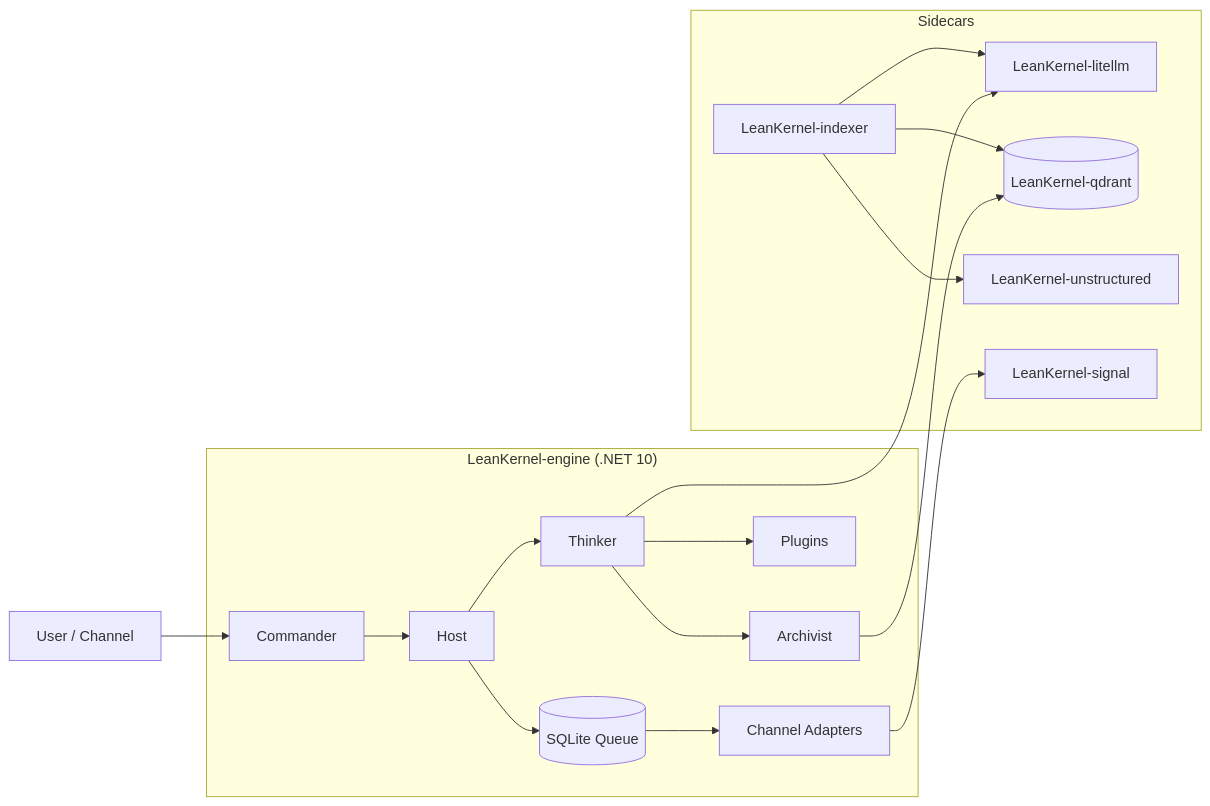
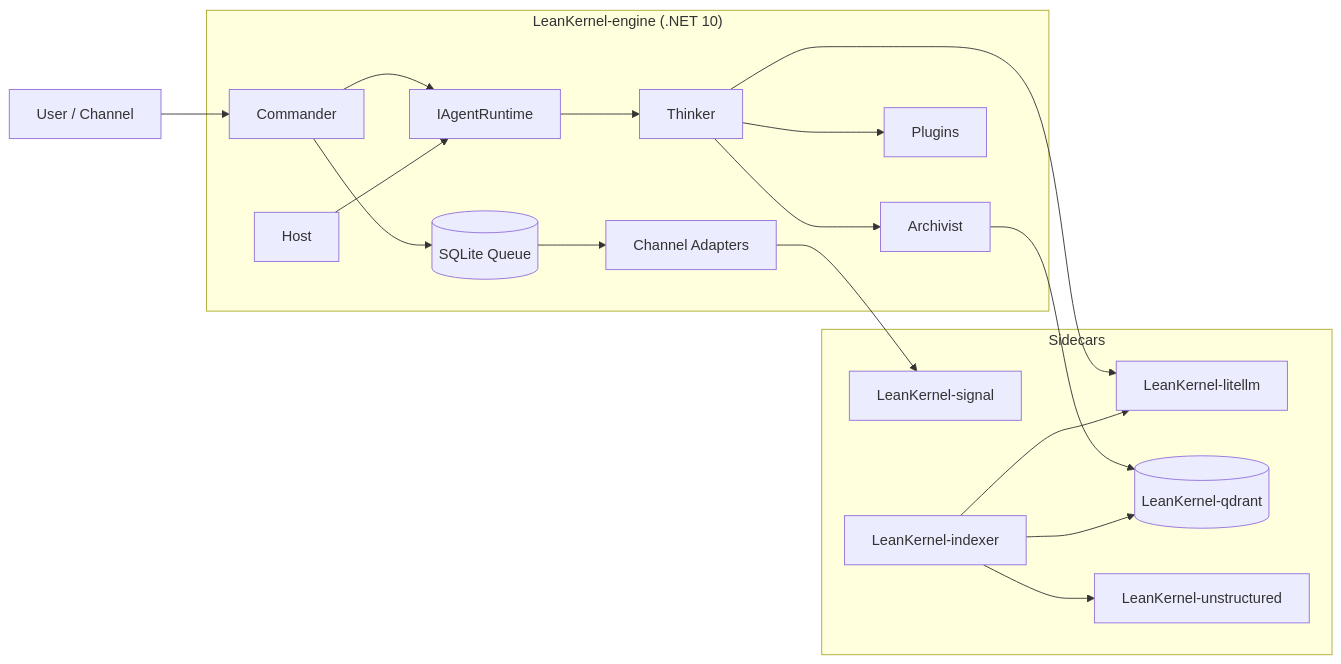
One commit to achingono/leankernel changed the second of 2 diagrams in docs/architecture/overview.md. Above: the diagram before and after it, drawn with Mermaid. The commit also changed other lines of this file and 17 other files, not shown here.

````diff
--- a/docs/architecture/overview.md
+++ b/docs/architecture/overview.md
@@ -62,28 +62,29 @@
 ```mermaid
 flowchart LR
     User[User / Channel] --> Commander
 
     subgraph Engine["LeanKernel-engine (.NET 10)"]
-        Commander --> Host
-        Host --> Thinker
+        Commander --> Runtime[IAgentRuntime]
+        Host --> Runtime
+        Runtime --> Thinker
         Thinker --> Archivist
         Thinker --> Plugins
-        Host --> Queue[(SQLite Queue)]
+        Commander --> Queue[(SQLite Queue)]
         Queue --> Adapters[Channel Adapters]
     end
 
     subgraph Sidecars
         LiteLLM[LeanKernel-litellm]
         Qdrant[(LeanKernel-qdrant)]
         Unstructured[LeanKernel-unstructured]
         Signal[LeanKernel-signal]
         Indexer[LeanKernel-indexer]
     end
 
     Thinker --> LiteLLM
     Archivist --> Qdrant
     Indexer --> LiteLLM
     Indexer --> Qdrant
     Indexer --> Unstructured
     Adapters --> Signal
 ```
````
